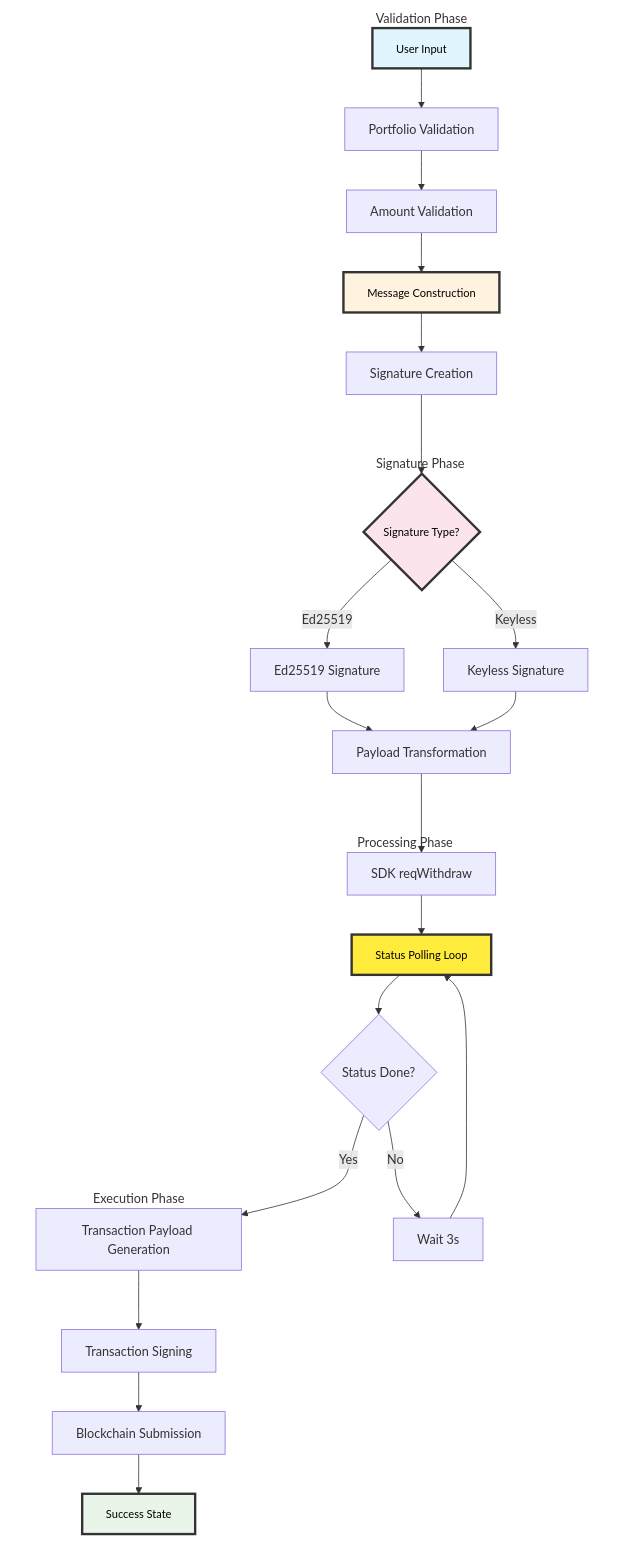
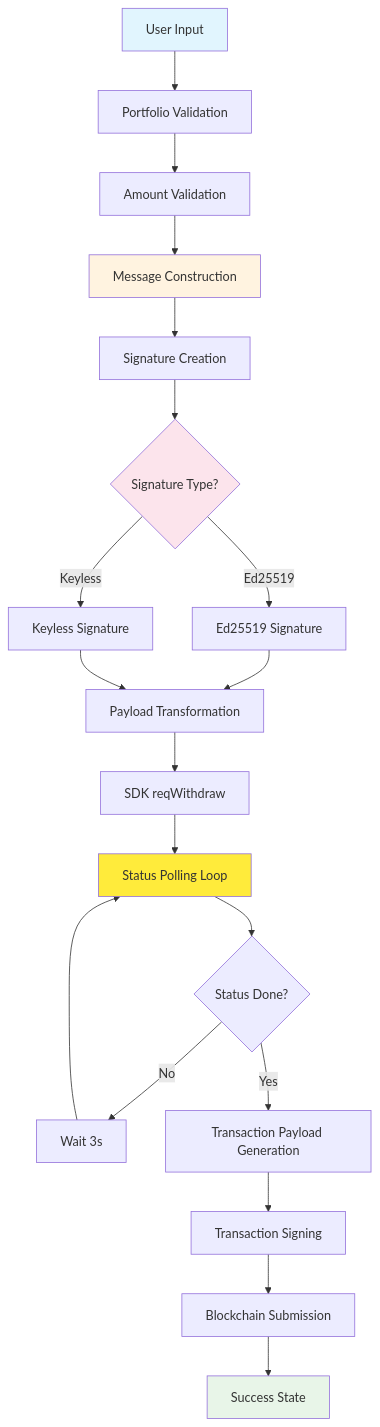
Before and after one commit to MoneyFi-fund/moneyfi-SDK-example: the third of 6 diagrams in README.md, drawn with Mermaid. The commit also changed other lines of this file, not shown here.

````diff
--- a/README.md
+++ b/README.md
@@ -379,76 +332,27 @@
 ```mermaid
-flowchart TB
-    %% Row 1: Left to Right
+flowchart TD
     A[User Input] --> B[Portfolio Validation]
     B --> C[Amount Validation]
     C --> D[Message Construction]
     D --> E[Signature Creation]
-
-    %% Connect to Row 2
     E --> F{Signature Type?}
-
-    %% Row 2: Branching and merging
     F -->|Ed25519| G[Ed25519 Signature]
     F -->|Keyless| H[Keyless Signature]
     G --> I[Payload Transformation]
     H --> I
-
-    %% Connect to Row 3
     I --> J[SDK reqWithdraw]
-
-    %% Row 3: Left to Right with polling loop
     J --> K[Status Polling Loop]
     K --> L{Status Done?}
     L -->|No| M[Wait 3s]
     M --> K
-
-    %% Connect to Row 4
     L -->|Yes| N[Transaction Payload Generation]
-
-    %% Row 4: Right to Left (snake pattern)
     N --> O[Transaction Signing]
     O --> P[Blockchain Submission]
     P --> Q[Success State]
-
-    %% Positioning for snake pattern
-    subgraph row1 ["Validation Phase"]
-        A
-        B
-        C
-        D
-        E
-    end
-
-    subgraph row2 ["Signature Phase"]
-        F
-        G
-        H
-        I
-    end
-
-    subgraph row3 ["Processing Phase"]
-        J
-        K
-        L
-        M
-    end
-
-    subgraph row4 ["Execution Phase"]
-        N
-        O
-        P
-        Q
-    end
-
-    style A fill:#e1f5fe,color:#000,stroke:#333,stroke-width:3px,font-size:14px
-    style D fill:#fff3e0,color:#000,stroke:#333,stroke-width:3px,font-size:14px
-    style F fill:#fce4ec,color:#000,stroke:#333,stroke-width:3px,font-size:14px
-    style K fill:#ffeb3b,color:#000,stroke:#333,stroke-width:3px,font-size:14px
-    style Q fill:#e8f5e8,color:#000,stroke:#333,stroke-width:3px,font-size:14px
-
-    %% Hide subgraph borders
-    style row1 fill:none,stroke:none
-    style row2 fill:none,stroke:none
-    style row3 fill:none,stroke:none
-    style row4 fill:none,stroke:none
+    
+    style A fill:#e1f5fe
+    style D fill:#fff3e0
+    style F fill:#fce4ec
+    style K fill:#ffeb3b
+    style Q fill:#e8f5e8
 ```
````
